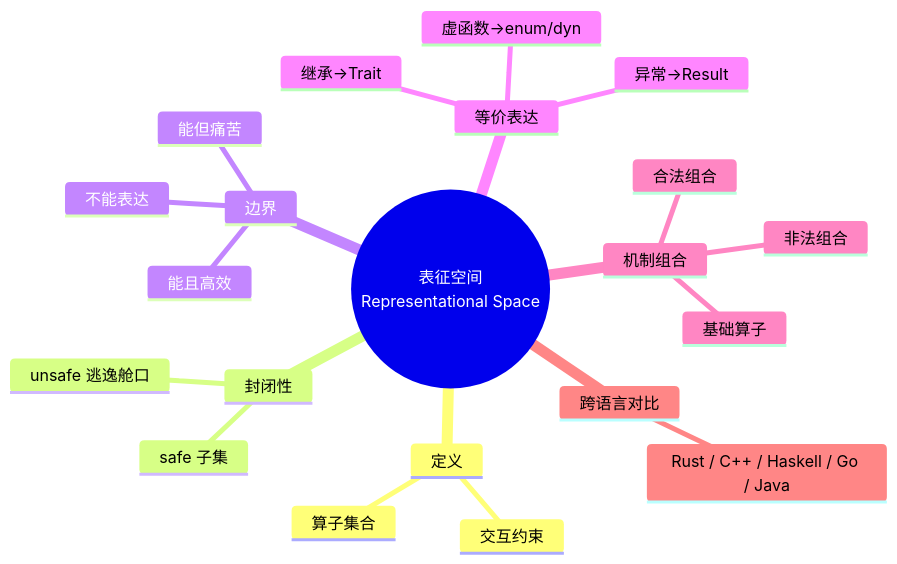
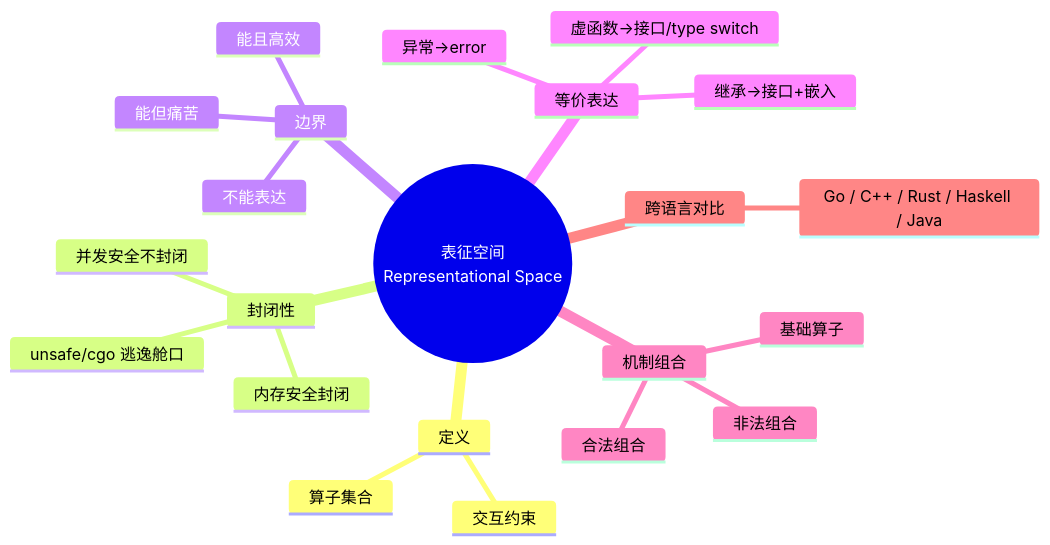
Before and after one commit to AdaMartin18010/golang: the first of 5 diagrams in .kimi/templates/kimi_semantic_space_page_template.md, drawn with Mermaid. The commit also changed other lines of this file and 86 other files, not shown here.

````diff
--- a/.kimi/templates/kimi_semantic_space_page_template.md
+++ b/.kimi/templates/kimi_semantic_space_page_template.md
@@ -21,24 +22,25 @@
 ```mermaid
 mindmap
   root((表征空间<br/>Representational Space))
     定义
       算子集合
       交互约束
     封闭性
-      safe 子集
-      unsafe 逃逸舱口
+      内存安全封闭
+      并发安全不封闭
+      unsafe/cgo 逃逸舱口
     边界
       能且高效
       能但痛苦
       不能表达
     等价表达
-      继承→Trait
-      异常→Result
-      虚函数→enum/dyn
+      继承→接口+嵌入
+      异常→error
+      虚函数→接口/type switch
     机制组合
       基础算子
       合法组合
       非法组合
     跨语言对比
-      Rust / C++ / Haskell / Go / Java
+      Go / C++ / Rust / Haskell / Java
 ```
````
